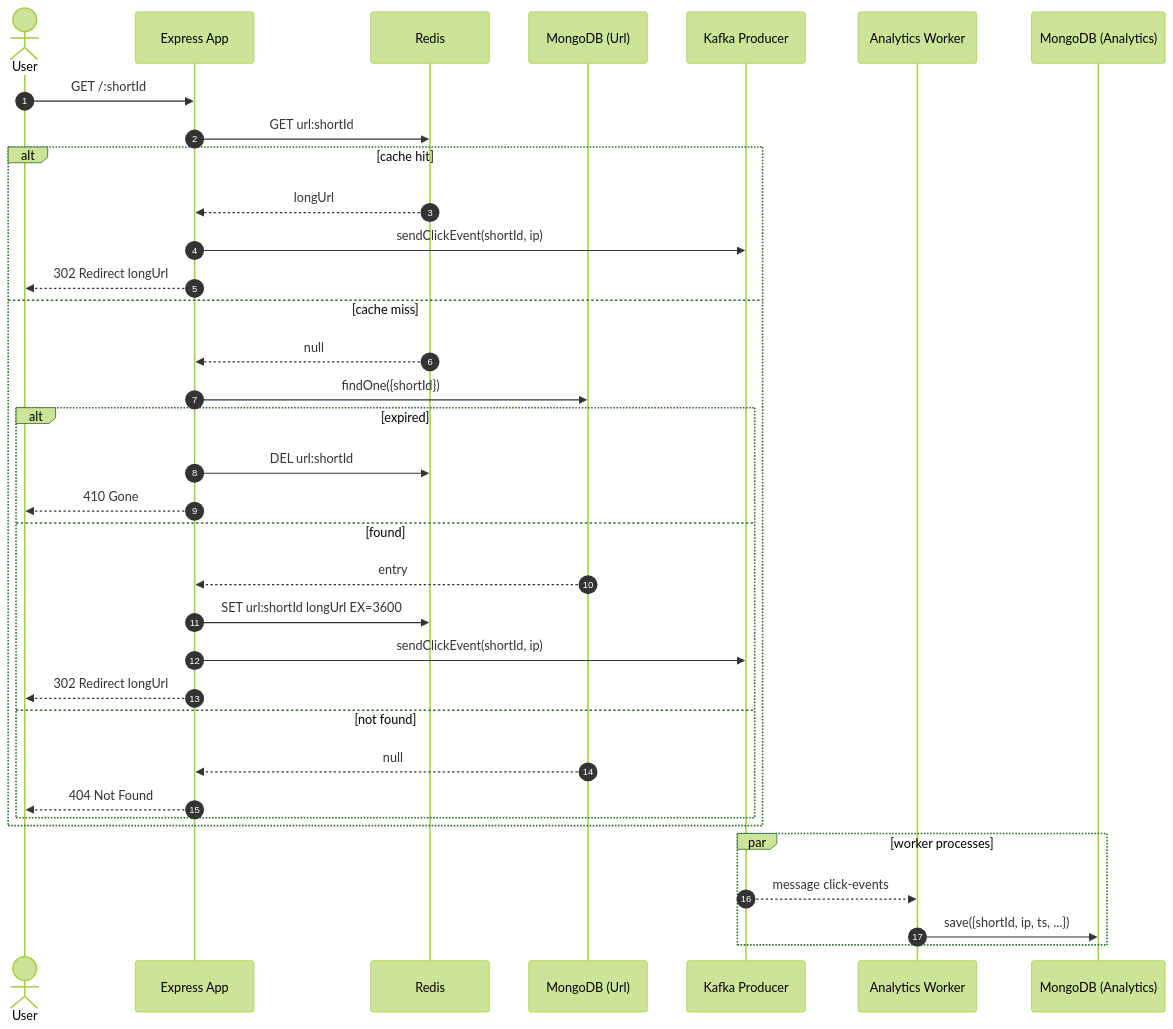
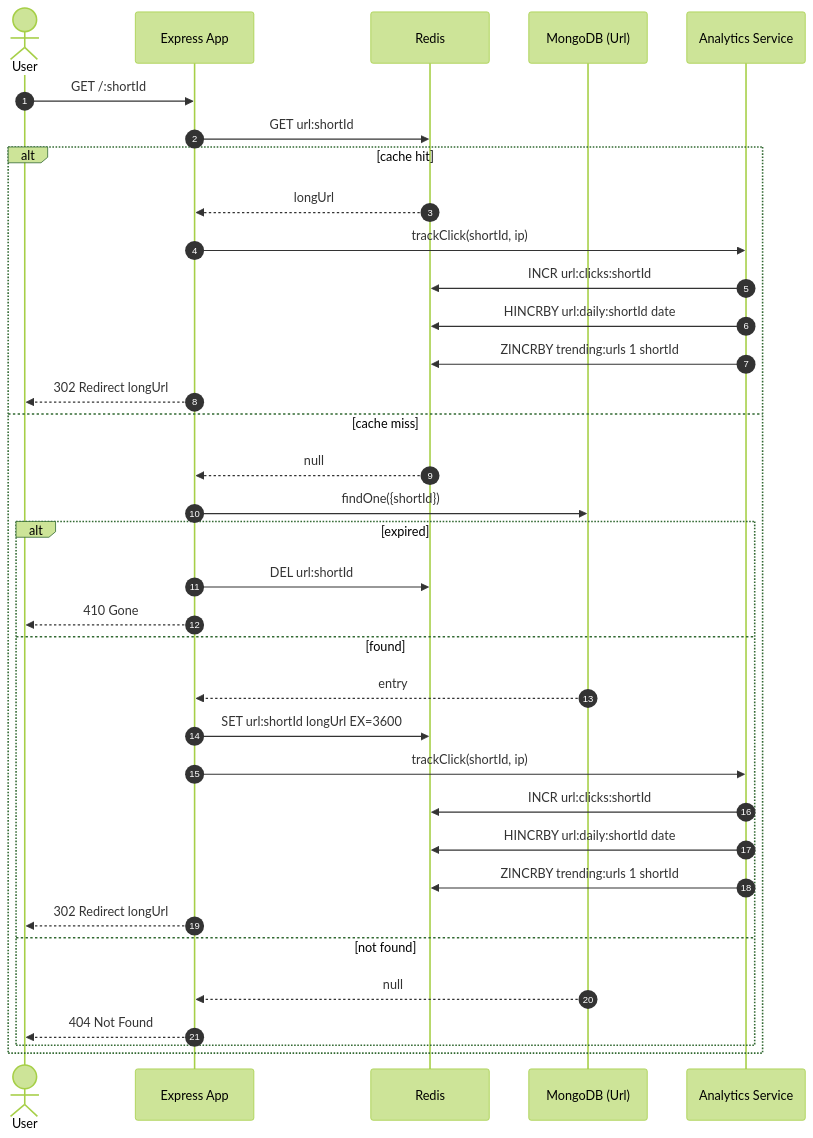
The fourth of 5 diagrams in README.md (asishghos/url-shortener), drawn with Mermaid (forest theme) before and after one commit. The commit also changed other lines of this file and 554 other files, not shown here.

````diff
--- a/README.md
+++ b/README.md
@@ -120,37 +283,37 @@
 ```mermaid
 sequenceDiagram
 autonumber
 actor U as User
 participant API as Express App
 participant Cache as Redis
 participant DB as MongoDB (Url)
-participant KP as Kafka Producer
-participant W as Analytics Worker
-participant ADB as MongoDB (Analytics)
+participant Analytics as Analytics Service
 U->>API: GET /:shortId
 API->>Cache: GET url:shortId
 alt cache hit
   Cache-->>API: longUrl
-  API->>KP: sendClickEvent(shortId, ip)
+  API->>Analytics: trackClick(shortId, ip)
+  Analytics->>Cache: INCR url:clicks:shortId
+  Analytics->>Cache: HINCRBY url:daily:shortId date
+  Analytics->>Cache: ZINCRBY trending:urls 1 shortId
   API-->>U: 302 Redirect longUrl
 else cache miss
   Cache-->>API: null
   API->>DB: findOne({shortId})
   alt expired
     API->>Cache: DEL url:shortId
     API-->>U: 410 Gone
   else found
     DB-->>API: entry
     API->>Cache: SET url:shortId longUrl EX=3600
-    API->>KP: sendClickEvent(shortId, ip)
+    API->>Analytics: trackClick(shortId, ip)
+    Analytics->>Cache: INCR url:clicks:shortId
+    Analytics->>Cache: HINCRBY url:daily:shortId date
+    Analytics->>Cache: ZINCRBY trending:urls 1 shortId
     API-->>U: 302 Redirect longUrl
   else not found
     DB-->>API: null
     API-->>U: 404 Not Found
   end
 end
-par worker processes
-  KP-->>W: message click-events
-  W->>ADB: save({shortId, ip, ts, ...})
-end
 ```
````
